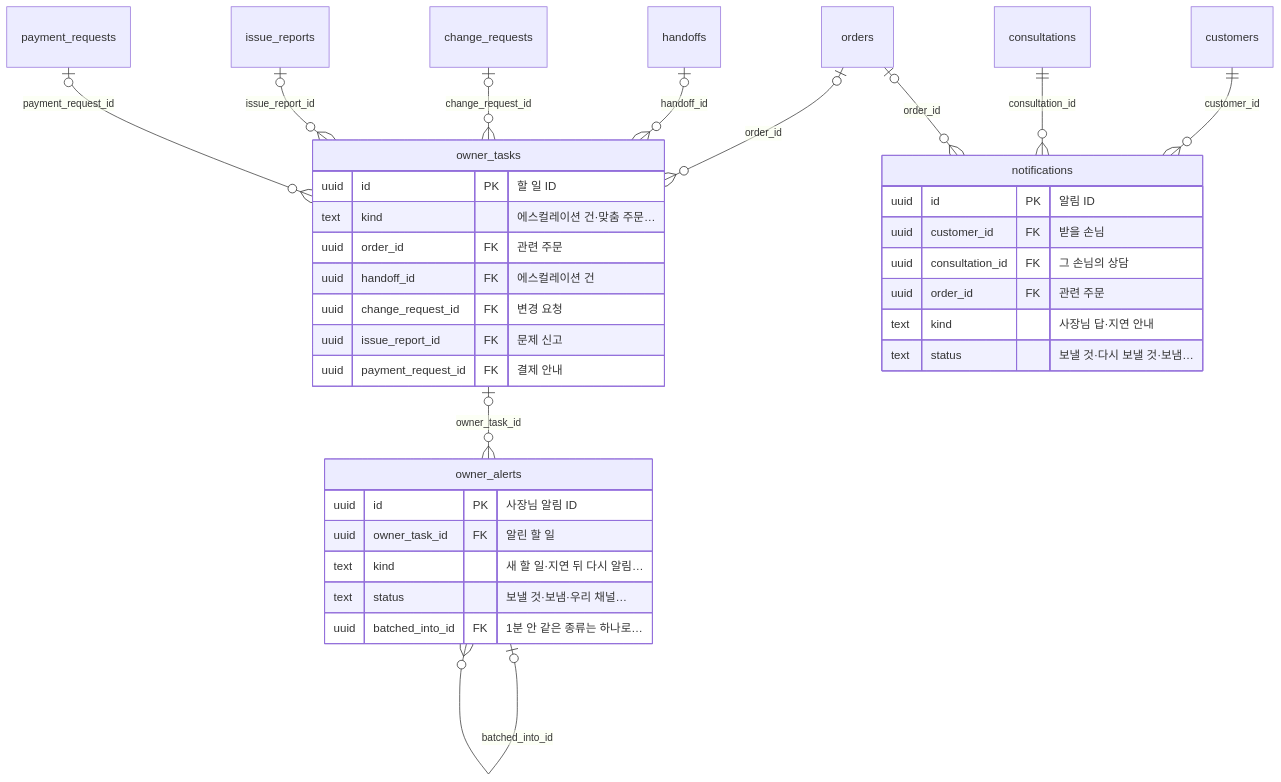
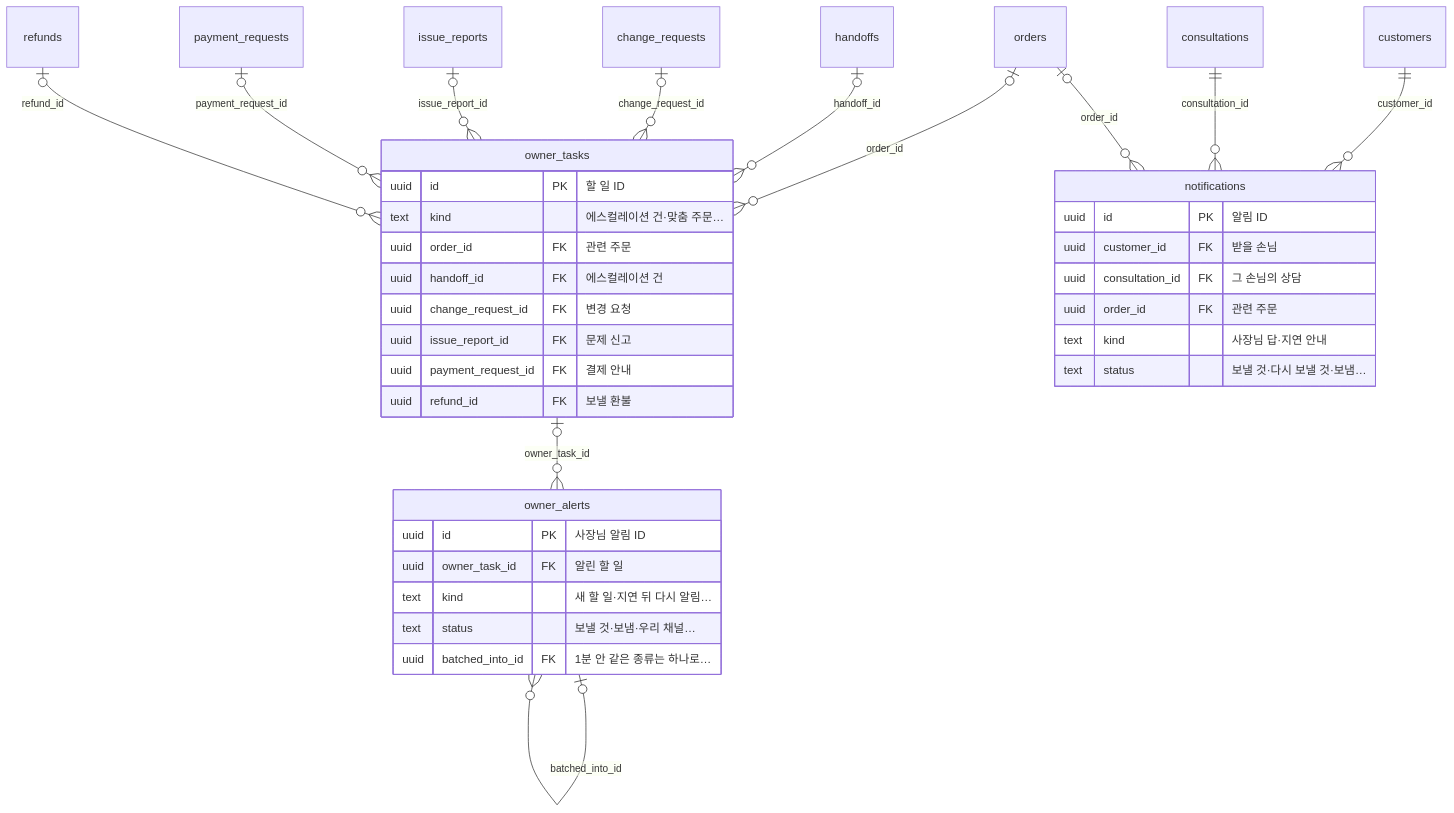
Before and after one commit to kodonghui/siljang.ai: the ninth of 11 diagrams in docs/05-erd/README.md, drawn with Mermaid. The commit also changed other lines of this file and 35 other files, not shown here.

````diff
--- a/docs/05-erd/README.md
+++ b/docs/05-erd/README.md
@@ -546,37 +550,39 @@
 ```mermaid
 erDiagram
   owner_tasks {
     uuid id PK "할 일 ID"
     text kind "에스컬레이션 건·맞춤 주문…"
     uuid order_id FK "관련 주문"
     uuid handoff_id FK "에스컬레이션 건"
     uuid change_request_id FK "변경 요청"
     uuid issue_report_id FK "문제 신고"
     uuid payment_request_id FK "결제 안내"
+    uuid refund_id FK "보낼 환불"
   }
   owner_alerts {
     uuid id PK "사장님 알림 ID"
     uuid owner_task_id FK "알린 할 일"
     text kind "새 할 일·지연 뒤 다시 알림…"
     text status "보낼 것·보냄·우리 채널…"
     uuid batched_into_id FK "1분 안 같은 종류는 하나로…"
   }
   notifications {
     uuid id PK "알림 ID"
     uuid customer_id FK "받을 손님"
     uuid consultation_id FK "그 손님의 상담"
     uuid order_id FK "관련 주문"
     text kind "사장님 답·지연 안내"
     text status "보낼 것·다시 보낼 것·보냄…"
   }
   orders |o--o{ owner_tasks : "order_id"
   handoffs |o--o{ owner_tasks : "handoff_id"
   change_requests |o--o{ owner_tasks : "change_request_id"
   issue_reports |o--o{ owner_tasks : "issue_report_id"
   payment_requests |o--o{ owner_tasks : "payment_request_id"
+  refunds |o--o{ owner_tasks : "refund_id"
   owner_tasks |o--o{ owner_alerts : "owner_task_id"
   owner_alerts |o--o{ owner_alerts : "batched_into_id"
   customers ||--o{ notifications : "customer_id"
   consultations ||--o{ notifications : "consultation_id"
   orders |o--o{ notifications : "order_id"
 ```
````
